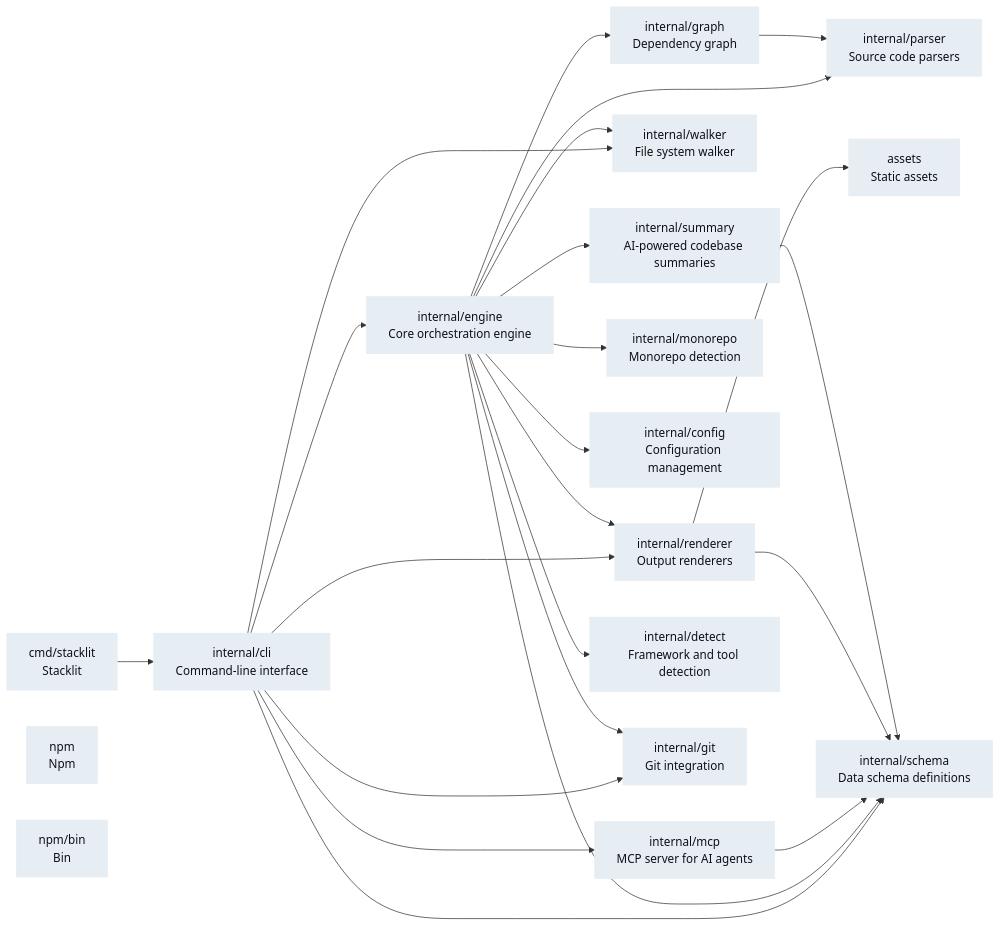
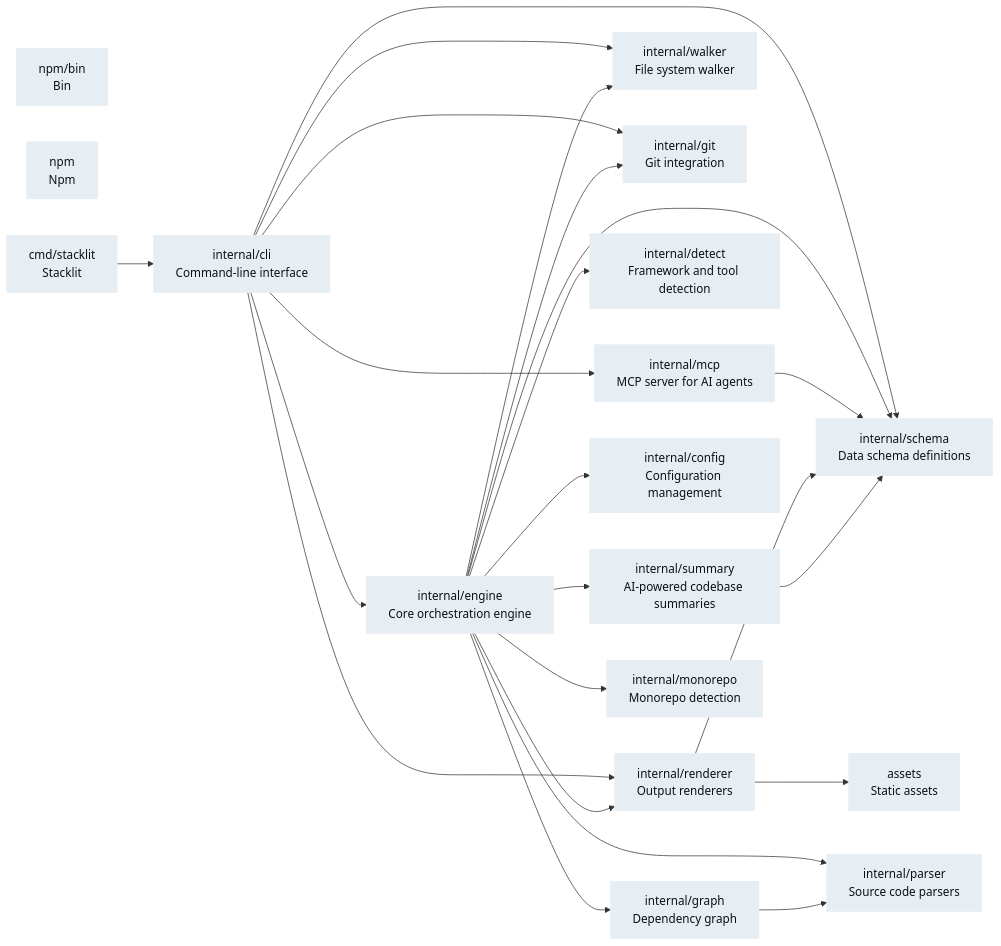
The diagram in stacklit.mmd (atharvasingh7007/stacklit), drawn with Mermaid before and after one commit. The commit also changed 3 other files, not shown here.

Commit message:
fix: use <br/> instead of \n in Mermaid node labels for GitHub rendering

````diff
--- a/stacklit.mmd
+++ b/stacklit.mmd
@@ -1,48 +1,46 @@
-```mermaid
 graph LR
   classDef javascript fill:#c9d1d9,color:#0d1117,stroke:#c9d1d9
   classDef java fill:#8b949e,color:#0d1117,stroke:#8b949e
   classDef typescript fill:#c9d1d9,color:#0d1117,stroke:#c9d1d9
   classDef python fill:#b1bac4,color:#0d1117,stroke:#b1bac4
   classDef rust fill:#a5b3bf,color:#0d1117,stroke:#a5b3bf
   classDef go fill:#e6edf3,color:#0d1117,stroke:#e6edf3
-  cmd_stacklit["cmd/stacklit\nStacklit"]:::go
-  internal_cli["internal/cli\nCommand-line interface"]:::go
-  internal_renderer["internal/renderer\nOutput renderers"]:::go
-  internal_schema["internal/schema\nData schema definitions"]:::go
-  internal_summary["internal/summary\nAI-powered codebase summaries"]:::go
-  internal_walker["internal/walker\nFile system walker"]:::go
-  npm["npm\nNpm"]:::go
-  npm_bin["npm/bin\nBin"]:::go
-  internal_graph["internal/graph\nDependency graph"]:::go
-  internal_monorepo["internal/monorepo\nMonorepo detection"]:::go
-  assets["assets\nStatic assets"]:::go
-  internal_config["internal/config\nConfiguration management"]:::go
-  internal_mcp["internal/mcp\nMCP server for AI agents"]:::go
-  internal_parser["internal/parser\nSource code parsers"]:::go
-  internal_detect["internal/detect\nFramework and tool detection"]:::go
-  internal_engine["internal/engine\nCore orchestration engine"]:::go
-  internal_git["internal/git\nGit integration"]:::go
+  internal_summary["internal/summary<br/>AI-powered codebase summaries"]:::go
+  npm_bin["npm/bin<br/>Bin"]:::go
+  internal_walker["internal/walker<br/>File system walker"]:::go
+  npm["npm<br/>Npm"]:::go
+  cmd_stacklit["cmd/stacklit<br/>Stacklit"]:::go
+  internal_git["internal/git<br/>Git integration"]:::go
+  internal_mcp["internal/mcp<br/>MCP server for AI agents"]:::go
+  assets["assets<br/>Static assets"]:::go
+  internal_cli["internal/cli<br/>Command-line interface"]:::go
+  internal_detect["internal/detect<br/>Framework and tool detection"]:::go
+  internal_parser["internal/parser<br/>Source code parsers"]:::go
+  internal_renderer["internal/renderer<br/>Output renderers"]:::go
+  internal_schema["internal/schema<br/>Data schema definitions"]:::go
+  internal_config["internal/config<br/>Configuration management"]:::go
+  internal_engine["internal/engine<br/>Core orchestration engine"]:::go
+  internal_graph["internal/graph<br/>Dependency graph"]:::go
+  internal_monorepo["internal/monorepo<br/>Monorepo detection"]:::go
   cmd_stacklit --> internal_cli
   internal_cli --> internal_engine
   internal_cli --> internal_git
   internal_cli --> internal_mcp
   internal_cli --> internal_renderer
   internal_cli --> internal_schema
   internal_cli --> internal_walker
   internal_engine --> internal_config
   internal_engine --> internal_detect
   internal_engine --> internal_git
   internal_engine --> internal_graph
   internal_engine --> internal_monorepo
   internal_engine --> internal_parser
   internal_engine --> internal_renderer
   internal_engine --> internal_schema
   internal_engine --> internal_summary
   internal_engine --> internal_walker
   internal_graph --> internal_parser
   internal_mcp --> internal_schema
   internal_renderer --> assets
   internal_renderer --> internal_schema
   internal_summary --> internal_schema
-```
````
